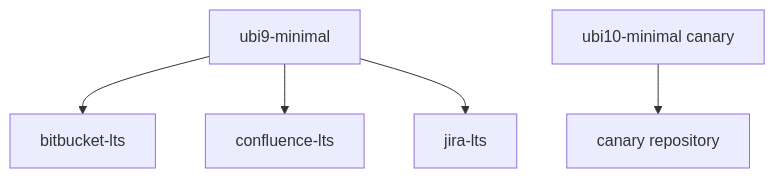
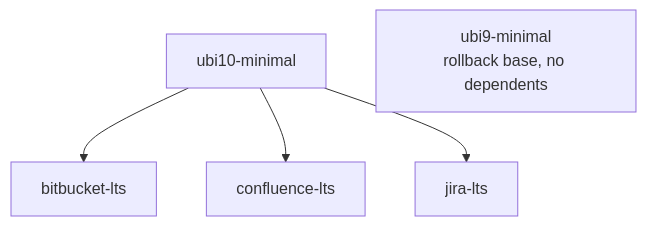
Before and after one commit to shamuraix/image-hardening-factory-starter: the fourth of 4 diagrams in docs/architecture.md, drawn with Mermaid. The commit also changed other lines of this file and 62 other files, not shown here.

````diff
--- a/docs/architecture.md
+++ b/docs/architecture.md
@@ -237,7 +244,7 @@
 ```mermaid
 flowchart TD
-    U9[ubi9-minimal] --> B[bitbucket-lts]
-    U9 --> C[confluence-lts]
-    U9 --> J[jira-lts]
-    U10[ubi10-minimal canary] --> Canary[canary repository]
+    U10[ubi10-minimal] --> B[bitbucket-lts]
+    U10 --> C[confluence-lts]
+    U10 --> J[jira-lts]
+    U9[ubi9-minimal<br/>rollback base, no dependents]
 ```
````
